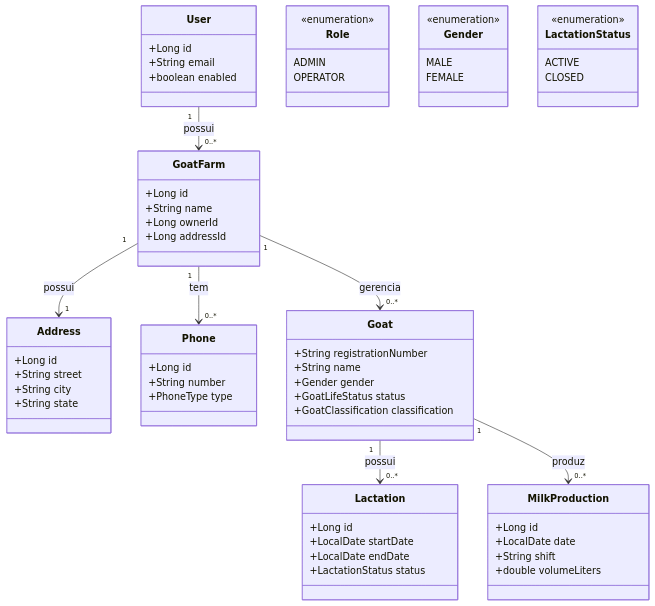
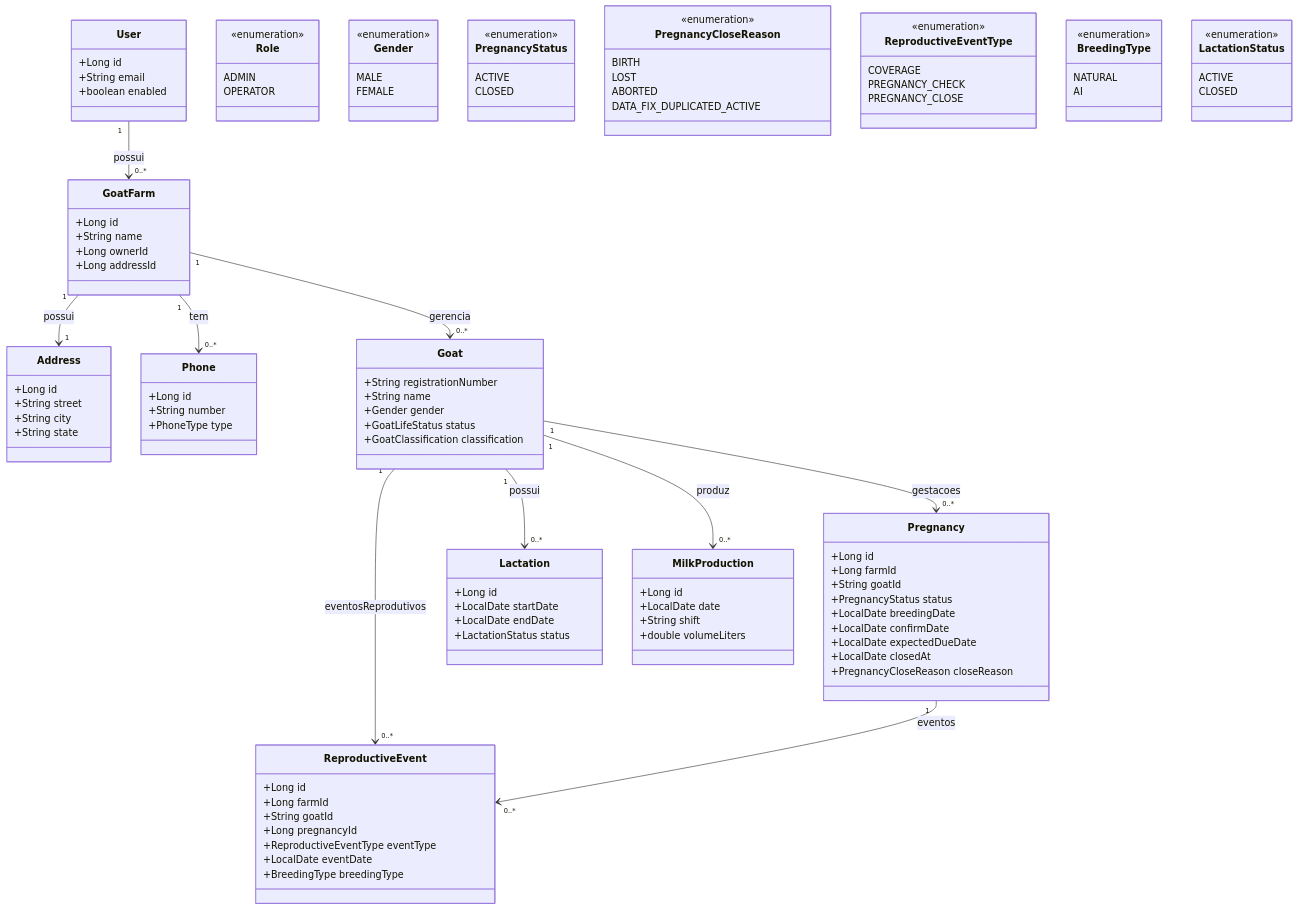
Before and after one commit to AlbertoVilar/caprigestor-backend: the second of 2 diagrams in README.md, drawn with Mermaid. The commit also changed other lines of this file and 1 other file, not shown here.

Commit message:
docs(reproduction): update docs and UML for reproduction module

````diff
--- a/README.md
+++ b/README.md
@@ -342,6 +375,56 @@
         FEMALE
     }
 
+    %% ========== MÓDULO REPRODUCTION ==========
+    class Pregnancy {
+        +Long id
+        +Long farmId
+        +String goatId
+        +PregnancyStatus status
+        +LocalDate breedingDate
+        +LocalDate confirmDate
+        +LocalDate expectedDueDate
+        +LocalDate closedAt
+        +PregnancyCloseReason closeReason
+    }
+
+    class ReproductiveEvent {
+        +Long id
+        +Long farmId
+        +String goatId
+        +Long pregnancyId
+        +ReproductiveEventType eventType
+        +LocalDate eventDate
+        +BreedingType breedingType
+    }
+
+    class PregnancyStatus {
+        <<enumeration>>
+        ACTIVE
+        CLOSED
+    }
+
+    class PregnancyCloseReason {
+        <<enumeration>>
+        BIRTH
+        LOST
+        ABORTED
+        DATA_FIX_DUPLICATED_ACTIVE
+    }
+
+    class ReproductiveEventType {
+        <<enumeration>>
+        COVERAGE
+        PREGNANCY_CHECK
+        PREGNANCY_CLOSE
+    }
+
+    class BreedingType {
+        <<enumeration>>
+        NATURAL
+        AI
+    }
+
     %% ========== MÓDULO MILK ==========
     class Lactation {
         +Long id
@@ -369,5 +452,8 @@
     GoatFarm "1" --> "0..*" Goat : gerencia
     Goat "1" --> "0..*" Lactation : possui
     Goat "1" --> "0..*" MilkProduction : produz
+    Goat "1" --> "0..*" Pregnancy : gestacoes
+    Goat "1" --> "0..*" ReproductiveEvent : eventosReprodutivos
+    Pregnancy "1" --> "0..*" ReproductiveEvent : eventos
     User "1" --> "0..*" GoatFarm : possui
 ```
````
